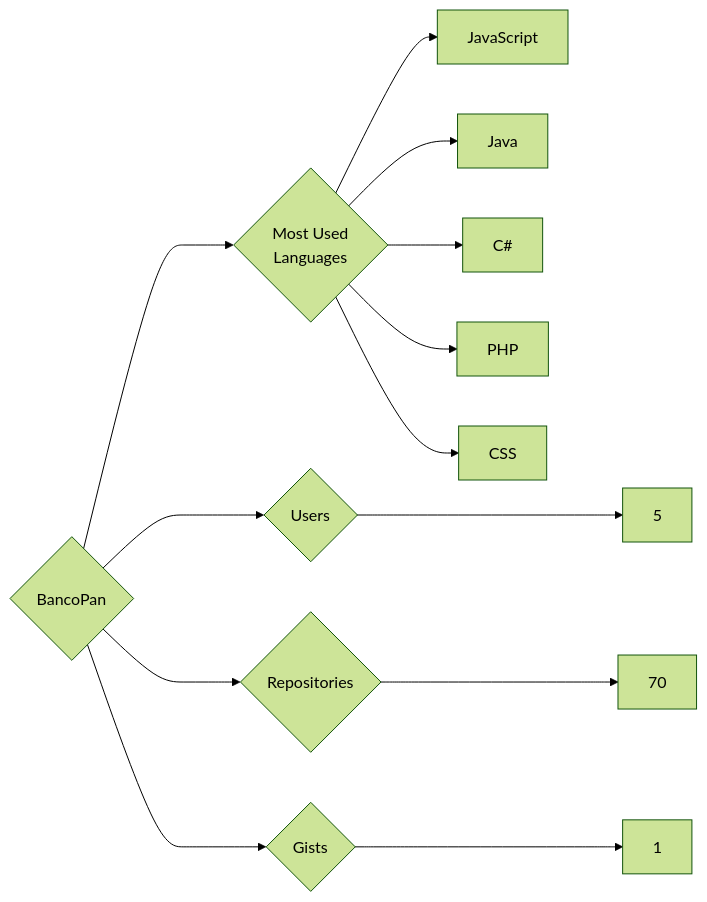
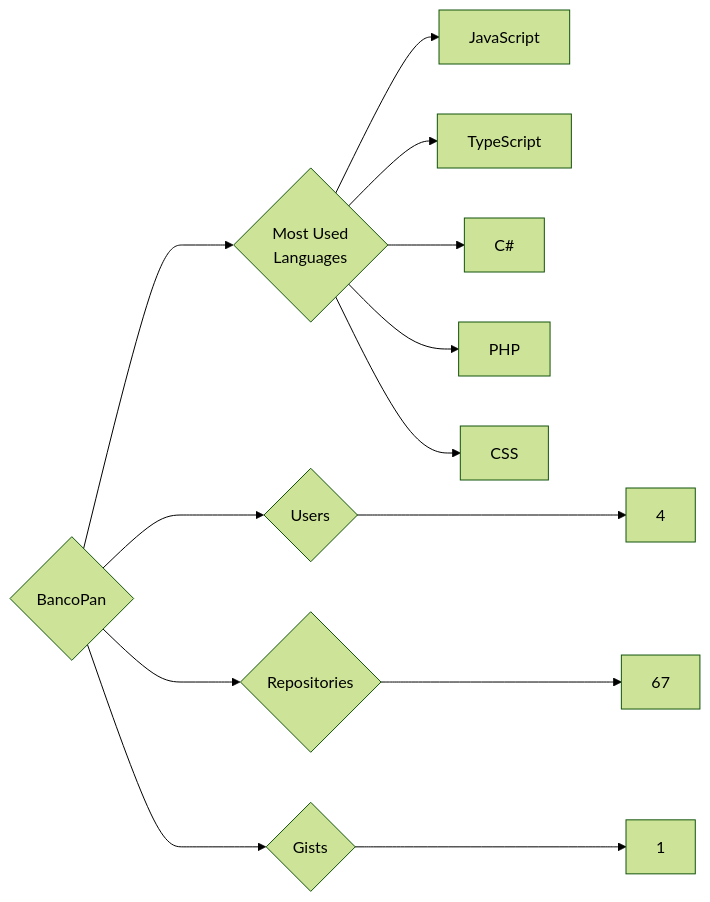
The diagram in targets/BancoPan/README.md (trickest/insiders), drawn with Mermaid (forest theme) before and after one commit. The commit also changed 1055 other files, not shown here.

````diff
--- a/targets/BancoPan/README.md
+++ b/targets/BancoPan/README.md
@@ -3,13 +3,13 @@
 ```mermaid
 graph LR
 COMPANY_NAME{BancoPan}
-COMPANY_NAME ---> U{Users} ---> UN[5]
-COMPANY_NAME ---> R{Repositories} ---> RN[70]
+COMPANY_NAME ---> U{Users} ---> UN[4]
+COMPANY_NAME ---> R{Repositories} ---> RN[67]
 COMPANY_NAME ---> G{Gists} ---> GN[1]
 COMPANY_NAME ---> ML{Most Used<br>Languages}
 ML --> JavaScript[JavaScript]
-ML --> Java[Java]
+ML --> TypeScript[TypeScript]
 ML --> C#[C#]
 ML --> PHP[PHP]
 ML --> CSS[CSS]
 ```
````
